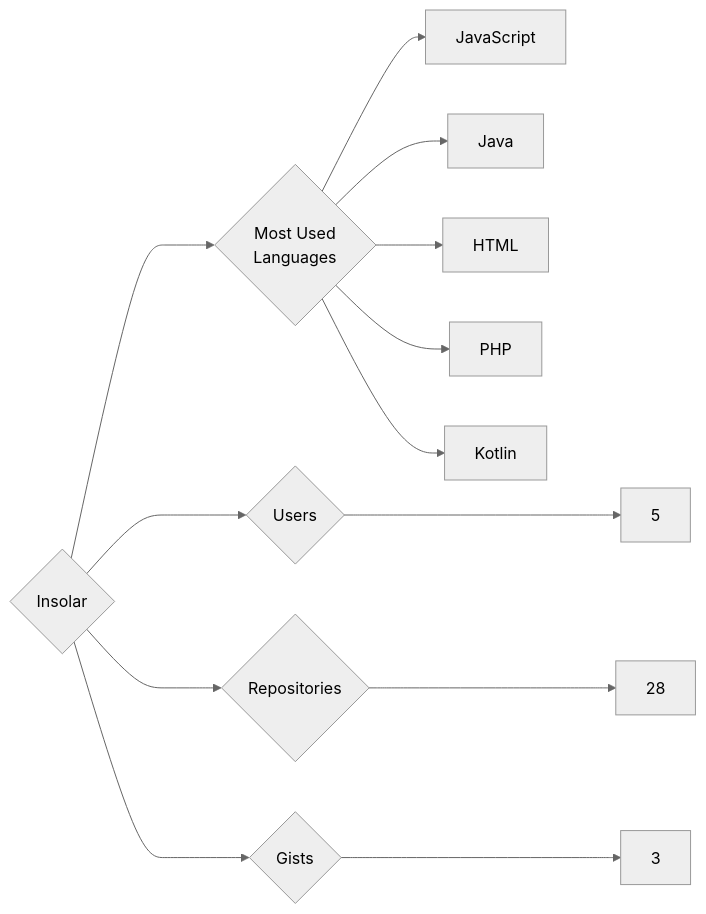
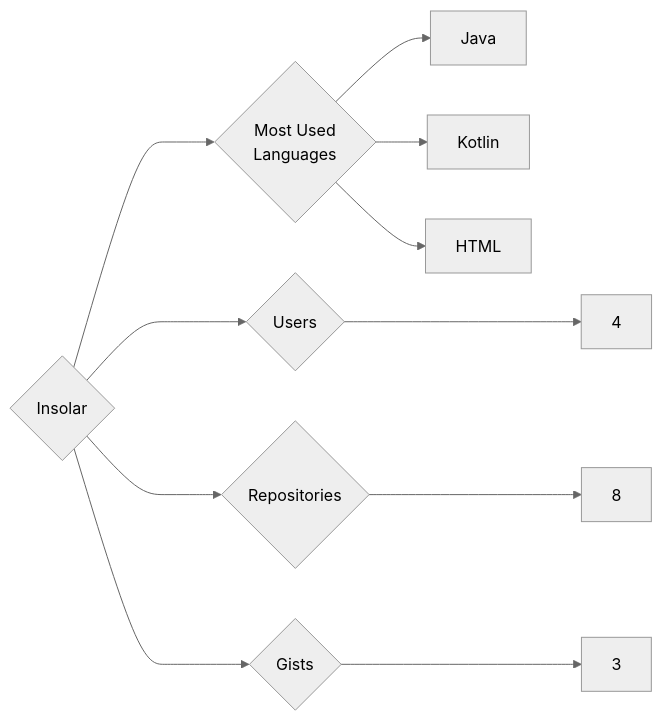
The diagram in targets/Insolar/README.md (trickest/insiders), drawn with Mermaid (neutral theme) before and after one commit. The commit also changed 1036 other files, not shown here.

````diff
--- a/targets/Insolar/README.md
+++ b/targets/Insolar/README.md
@@ -3,13 +3,11 @@
 ```mermaid
 graph LR
 COMPANY_NAME{Insolar}
-COMPANY_NAME ---> U{Users} ---> UN[5]
-COMPANY_NAME ---> R{Repositories} ---> RN[28]
+COMPANY_NAME ---> U{Users} ---> UN[4]
+COMPANY_NAME ---> R{Repositories} ---> RN[8]
 COMPANY_NAME ---> G{Gists} ---> GN[3]
 COMPANY_NAME ---> ML{Most Used<br>Languages}
-ML --> JavaScript[JavaScript]
 ML --> Java[Java]
+ML --> Kotlin[Kotlin]
 ML --> HTML[HTML]
-ML --> PHP[PHP]
-ML --> Kotlin[Kotlin]
 ```
````
